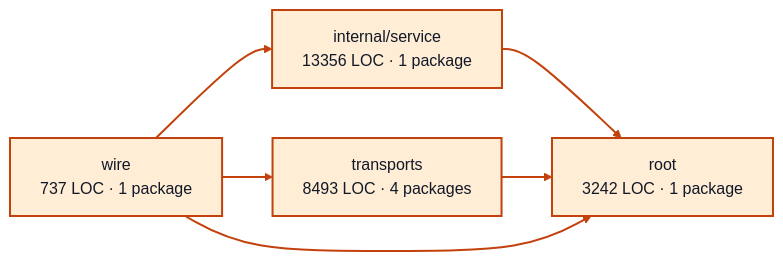
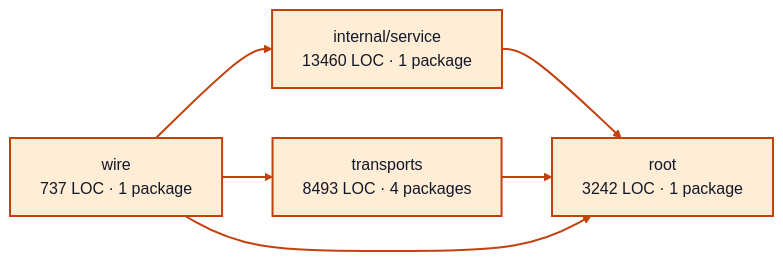
One commit to portpowered/you-agent-factory changed the diagram in docs/architecture/visualizations/services/worker_sessions.md. Above: the diagram before and after it, drawn with Mermaid. The commit also changed other lines of this file and 20 other files, not shown here.

Commit message:
docs: refresh backend architecture visualizations

````diff
--- a/docs/architecture/visualizations/services/worker_sessions.md
+++ b/docs/architecture/visualizations/services/worker_sessions.md
@@ -11,17 +11,17 @@
 ```mermaid
 flowchart LR
-  p0["internal/service<br/>13356 LOC · 1 package"]
+  p0["internal/service<br/>13460 LOC · 1 package"]
   p1["root<br/>3242 LOC · 1 package"]
   p2["transports<br/>8493 LOC · 4 packages"]
   p3["wire<br/>737 LOC · 1 package"]
   p0 --> p1
   p2 --> p1
   p3 --> p0
   p3 --> p1
   p3 --> p2
   style p0 fill:#ffedd5,stroke:#c2410c,stroke-width:2px,color:#111827
   style p1 fill:#ffedd5,stroke:#c2410c,stroke-width:2px,color:#111827
   style p2 fill:#ffedd5,stroke:#c2410c,stroke-width:2px,color:#111827
   style p3 fill:#ffedd5,stroke:#c2410c,stroke-width:2px,color:#111827
   linkStyle default stroke:#c2410c,stroke-width:2px
 ```
````
